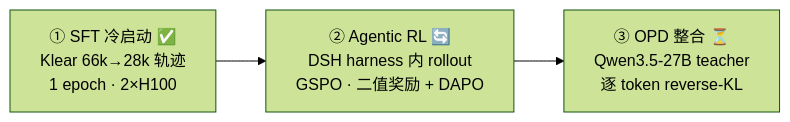
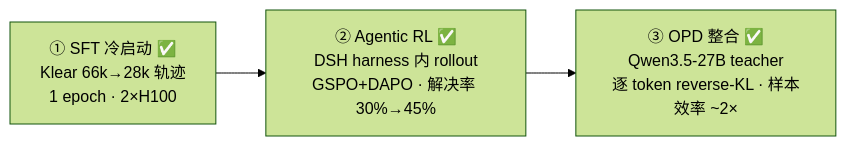
Before and after one commit to tlysanhuo/code-agent: the first of 2 diagrams in README.md, drawn with Mermaid (forest theme). The commit also changed other lines of this file and 22 other files, not shown here.

````diff
--- a/README.md
+++ b/README.md
@@ -29,5 +30,5 @@
 ```mermaid
 flowchart LR
-    A["① SFT 冷启动 ✅<br/>Klear 66k→28k 轨迹<br/>1 epoch · 2×H100"] --> B["② Agentic RL 🔄<br/>DSH harness 内 rollout<br/>GSPO · 二值奖励 + DAPO"]
-    B --> C["③ OPD 整合 ⏳<br/>Qwen3.5-27B teacher<br/>逐 token reverse-KL"]
+    A["① SFT 冷启动 ✅<br/>Klear 66k→28k 轨迹<br/>1 epoch · 2×H100"] --> B["② Agentic RL ✅<br/>DSH harness 内 rollout<br/>GSPO+DAPO · 解决率 30%→45%"]
+    B --> C["③ OPD 整合 ✅<br/>Qwen3.5-27B teacher<br/>逐 token reverse-KL · 样本效率 ~2×"]
 ```
````
